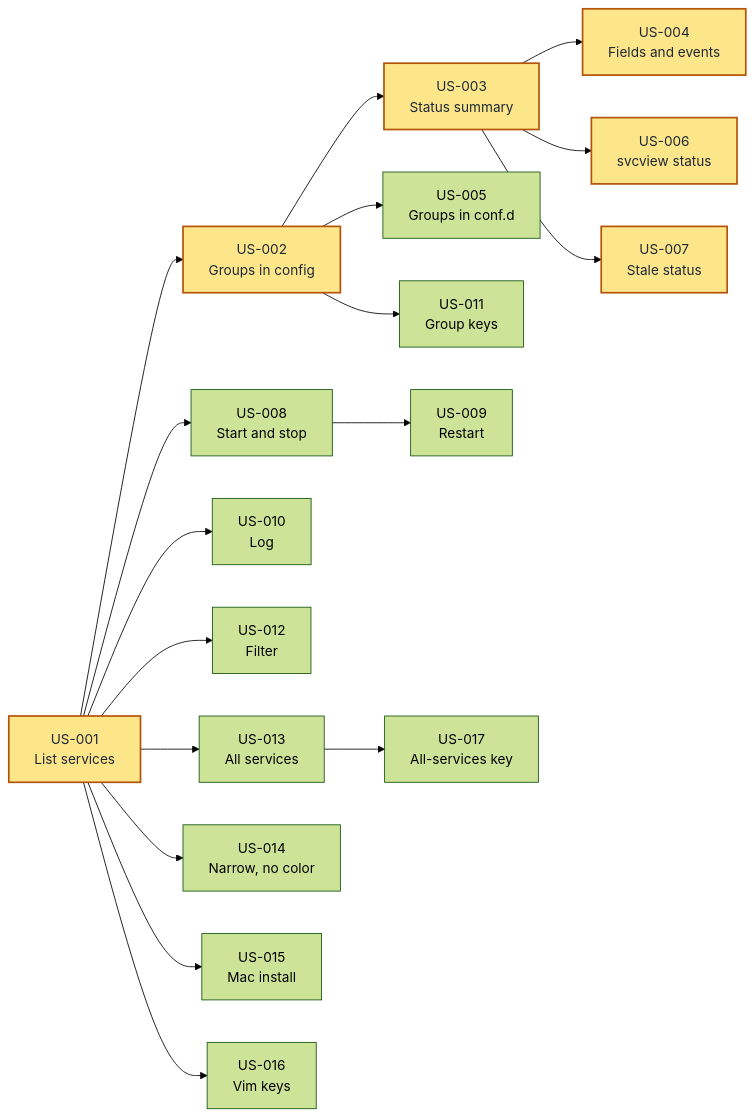
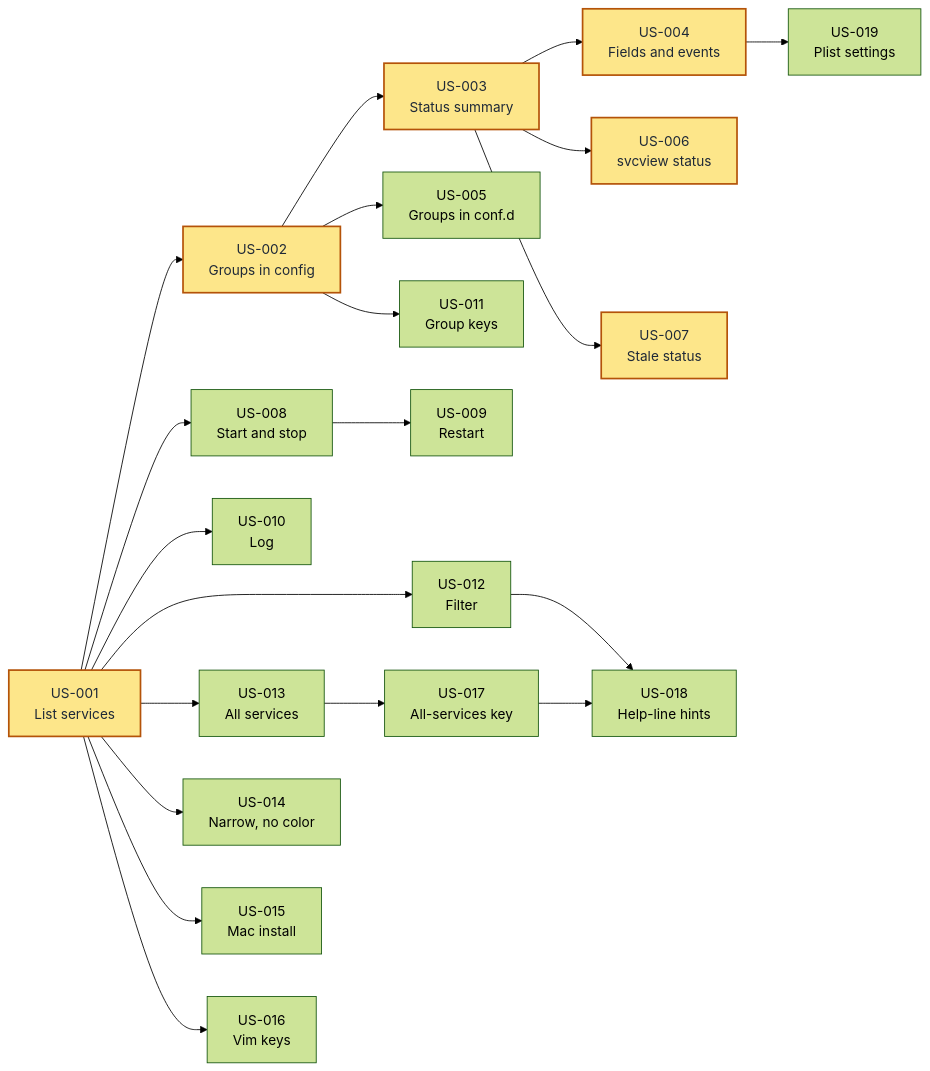
Before and after one commit to hpcsc/svcview: the diagram in user-stories/launchd-tui.md, drawn with Mermaid (forest theme). The commit also changed other lines of this file and 1 other file, not shown here.

First line of the commit message:
Add stories for the help line hints and the plist settings

````diff
--- a/user-stories/launchd-tui.md
+++ b/user-stories/launchd-tui.md
@@ -26,40 +26,45 @@
 ```mermaid
 flowchart LR
     S1["US-001<br/>List services"]
     S2["US-002<br/>Groups in config"]
     S3["US-003<br/>Status summary"]
     S4["US-004<br/>Fields and events"]
     S5["US-005<br/>Groups in conf.d"]
     S6["US-006<br/>svcview status"]
     S7["US-007<br/>Stale status"]
     S8["US-008<br/>Start and stop"]
     S9["US-009<br/>Restart"]
     S10["US-010<br/>Log"]
     S11["US-011<br/>Group keys"]
     S12["US-012<br/>Filter"]
     S13["US-013<br/>All services"]
     S14["US-014<br/>Narrow, no color"]
     S15["US-015<br/>Mac install"]
     S16["US-016<br/>Vim keys"]
     S17["US-017<br/>All-services key"]
+    S18["US-018<br/>Help-line hints"]
+    S19["US-019<br/>Plist settings"]
 
     S1 --> S2
     S1 --> S8
     S1 --> S10
     S1 --> S12
     S1 --> S13
     S1 --> S14
     S1 --> S15
     S1 --> S16
     S2 --> S3
     S2 --> S5
     S2 --> S11
     S3 --> S4
     S3 --> S6
     S3 --> S7
     S8 --> S9
     S13 --> S17
+    S12 --> S18
+    S17 --> S18
+    S4 --> S19
 
     classDef critical fill:#fde68a,stroke:#b45309,stroke-width:2px,color:#1f2937
     class S1,S2,S3,S4,S6,S7 critical
 ```
````
